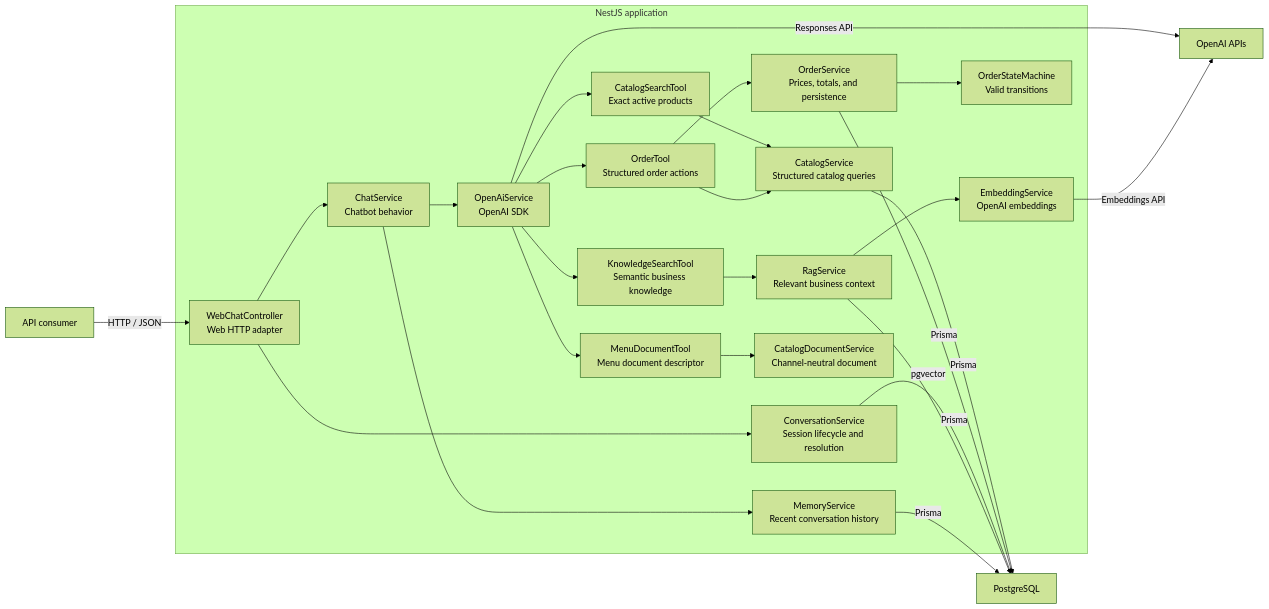
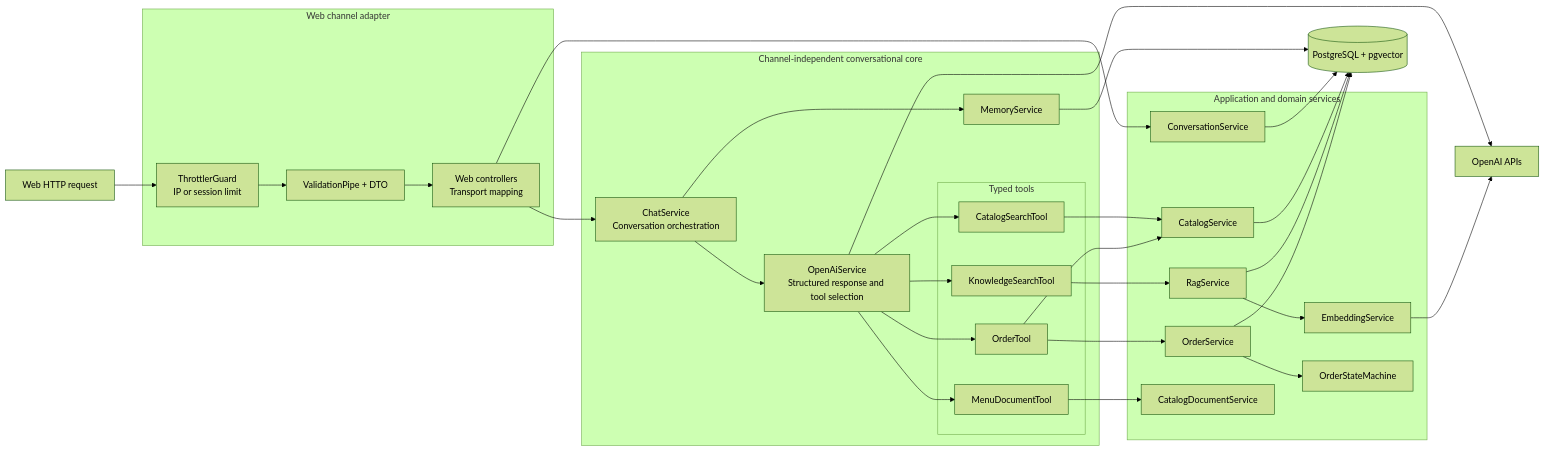
The third of 5 diagrams in ARCHITECTURE.md (juanjosechiroque/nestjs-multichannel-ai-chatbot-engine), drawn with Mermaid (forest theme) before and after one commit. The commit also changed other lines of this file and 4 other files, not shown here.

````diff
--- a/ARCHITECTURE.md
+++ b/ARCHITECTURE.md
@@ -29,41 +57,49 @@
 ```mermaid
 flowchart LR
-    client["API consumer"]
+    request["Web HTTP request"]
 
-    subgraph app["NestJS application"]
-        controller["WebChatController<br/>Web HTTP adapter"]
-        conversation["ConversationService<br/>Session lifecycle and resolution"]
-        chat["ChatService<br/>Chatbot behavior"]
-        catalogTool["CatalogSearchTool<br/>Exact active products"]
-        menuTool["MenuDocumentTool<br/>Menu document descriptor"]
-        orderTool["OrderTool<br/>Structured order actions"]
-        knowledgeTool["KnowledgeSearchTool<br/>Semantic business knowledge"]
-        catalog["CatalogService<br/>Structured catalog queries"]
-        rag["RagService<br/>Relevant business context"]
-        embedding["EmbeddingService<br/>OpenAI embeddings"]
-        memory["MemoryService<br/>Recent conversation history"]
-        provider["OpenAiService<br/>OpenAI SDK"]
-
-        controller --> conversation
-        controller --> chat --> provider
-        provider --> catalogTool --> catalog
-        provider --> menuTool --> menuDocument["CatalogDocumentService<br/>Channel-neutral document"]
-        provider --> orderTool --> catalog
-        orderTool --> orders["OrderService<br/>Prices, totals, and persistence"]
-        orders --> stateMachine["OrderStateMachine<br/>Valid transitions"]
-        provider --> knowledgeTool --> rag --> embedding
-        chat --> memory
+    subgraph channel["Web channel adapter"]
+        limit["ThrottlerGuard<br/>IP or session limit"]
+        validation["ValidationPipe + DTO"]
+        controller["Web controllers<br/>Transport mapping"]
     end
 
+    subgraph core["Channel-independent conversational core"]
+        chat["ChatService<br/>Conversation orchestration"]
+        provider["OpenAiService<br/>Structured response and tool selection"]
+        memory["MemoryService"]
+
+        subgraph tools["Typed tools"]
+            catalogTool["CatalogSearchTool"]
+            knowledgeTool["KnowledgeSearchTool"]
+            menuTool["MenuDocumentTool"]
+            orderTool["OrderTool"]
+        end
+    end
+
+    subgraph domain["Application and domain services"]
+        conversation["ConversationService"]
+        catalog["CatalogService"]
+        rag["RagService"]
+        embedding["EmbeddingService"]
+        orders["OrderService"]
+        state["OrderStateMachine"]
+        document["CatalogDocumentService"]
+    end
+
+    postgres[("PostgreSQL + pgvector")]
     openai["OpenAI APIs"]
-    postgres["PostgreSQL"]
 
-    client -->|"HTTP / JSON"| controller
-    provider -->|"Responses API"| openai
-    embedding -->|"Embeddings API"| openai
-    catalog -->|"Prisma"| postgres
-    orders -->|"Prisma"| postgres
-    conversation -->|"Prisma"| postgres
-    rag -->|"pgvector"| postgres
-    memory -->|"Prisma"| postgres
+    request --> limit --> validation --> controller
+    controller --> conversation --> postgres
+    controller --> chat
+    chat --> memory --> postgres
+    chat --> provider --> openai
+    provider --> catalogTool --> catalog --> postgres
+    provider --> knowledgeTool --> rag --> postgres
+    rag --> embedding --> openai
+    provider --> menuTool --> document
+    provider --> orderTool --> catalog
+    orderTool --> orders --> state
+    orders --> postgres
 ```
````
